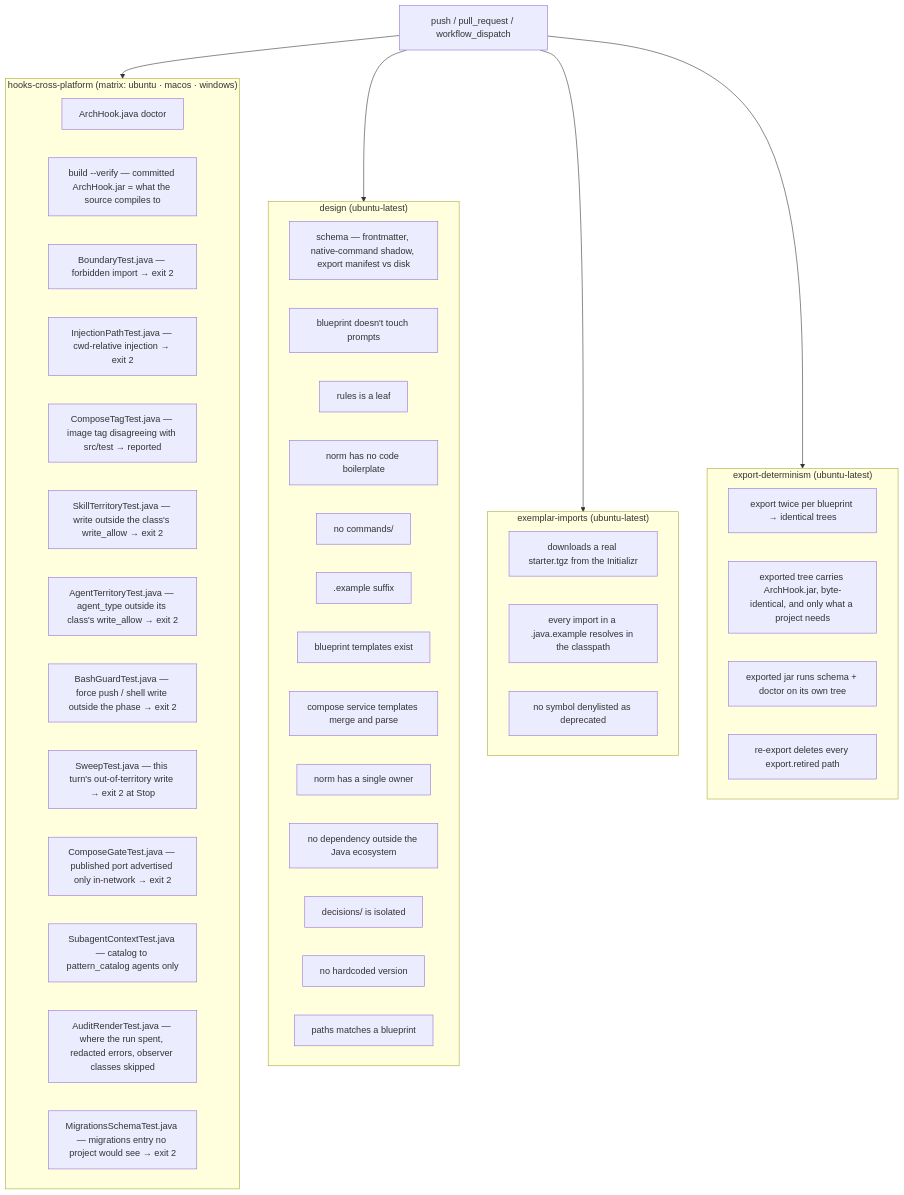
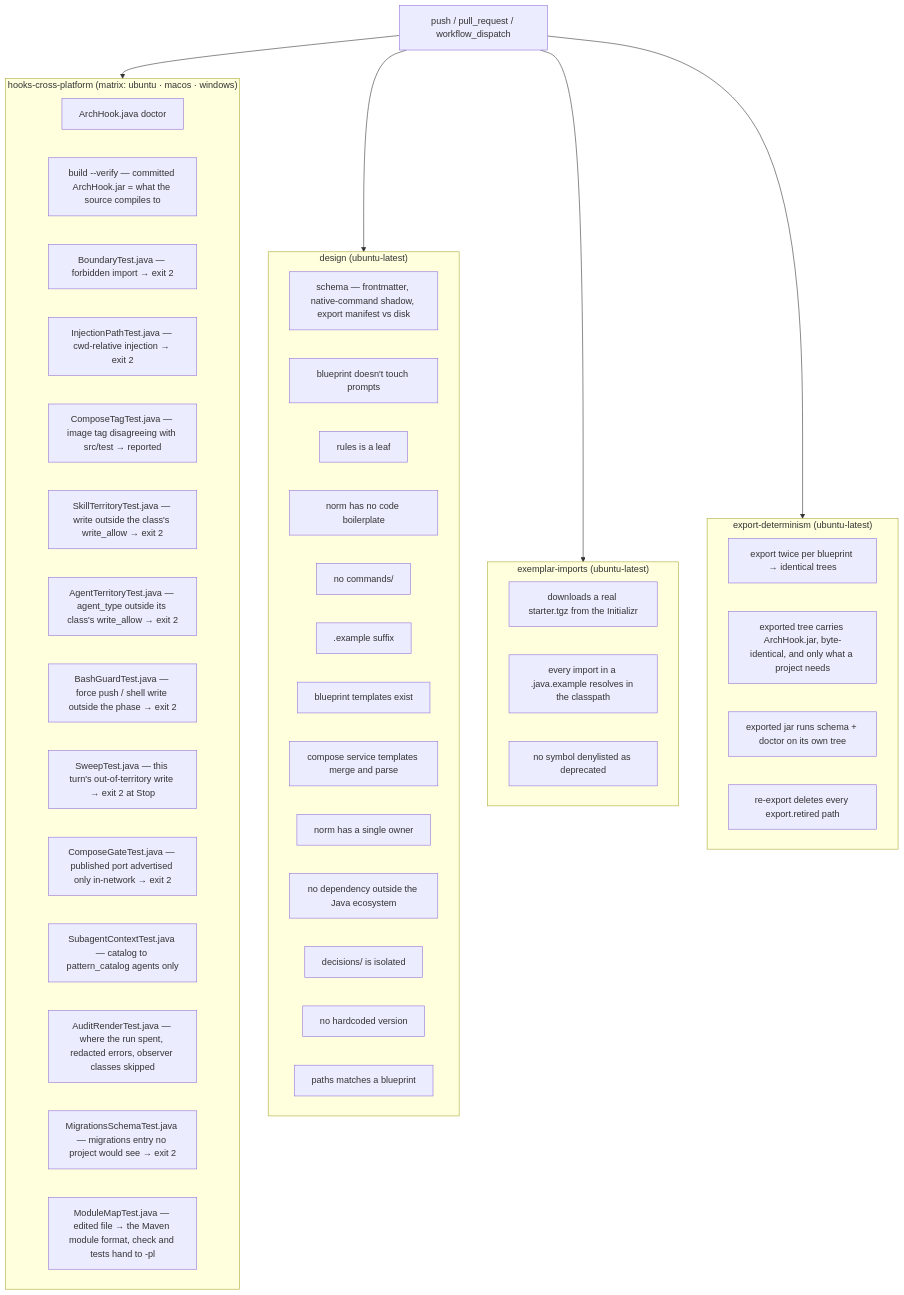
The diagram in docs/en/07-ci-validate.md (ice-lfernandes/claude-spring-architect), drawn with Mermaid before and after one commit. The commit also changed other lines of this file and 6 other files, not shown here.

First line of the commit message:
fix: single-module projects get the format, check and tests hooks (decision 0107)

````diff
--- a/docs/en/07-ci-validate.md
+++ b/docs/en/07-ci-validate.md
@@ -17,52 +17,53 @@
 ```mermaid
 flowchart TD
     T[push / pull_request / workflow_dispatch] --> J1
     T --> J2
     T --> J3
     T --> J4
 
     subgraph J1["hooks-cross-platform (matrix: ubuntu · macos · windows)"]
         H1[ArchHook.java doctor]
         H0[build --verify — committed ArchHook.jar = what the source compiles to]
         H2[BoundaryTest.java — forbidden import → exit 2]
         H3[InjectionPathTest.java — cwd-relative injection → exit 2]
         H4[ComposeTagTest.java — image tag disagreeing with src/test → reported]
         H5[SkillTerritoryTest.java — write outside the class's write_allow → exit 2]
         H6[AgentTerritoryTest.java — agent_type outside its class's write_allow → exit 2]
         H7[BashGuardTest.java — force push / shell write outside the phase → exit 2]
         H8[SweepTest.java — this turn's out-of-territory write → exit 2 at Stop]
         H9[ComposeGateTest.java — published port advertised only in-network → exit 2]
         H10[SubagentContextTest.java — catalog to pattern_catalog agents only]
         H11[AuditRenderTest.java — where the run spent, redacted errors, observer classes skipped]
         H12[MigrationsSchemaTest.java — migrations entry no project would see → exit 2]
+        H13[ModuleMapTest.java — edited file → the Maven module format, check and tests hand to -pl]
     end
 
     subgraph J2["design (ubuntu-latest)"]
         D1[schema — frontmatter, native-command shadow, export manifest vs disk]
         D4[blueprint doesn't touch prompts]
         D5[rules is a leaf]
         D6[norm has no code boilerplate]
         D7[no commands/]
         D8[.example suffix]
         D9[blueprint templates exist]
         D15[compose service templates merge and parse]
         D10[norm has a single owner]
         D11[no dependency outside the Java ecosystem]
         D12[decisions/ is isolated]
         D13[no hardcoded version]
         D14[paths matches a blueprint]
     end
 
     subgraph J3["exemplar-imports (ubuntu-latest)"]
         E1[downloads a real starter.tgz from the Initializr]
         E2[every import in a .java.example resolves in the classpath]
         E3[no symbol denylisted as deprecated]
     end
 
     subgraph J4["export-determinism (ubuntu-latest)"]
         X1[export twice per blueprint → identical trees]
         X2[exported tree carries ArchHook.jar, byte-identical, and only what a project needs]
         X3[exported jar runs schema + doctor on its own tree]
         X4[re-export deletes every export.retired path]
     end
 ```
````
